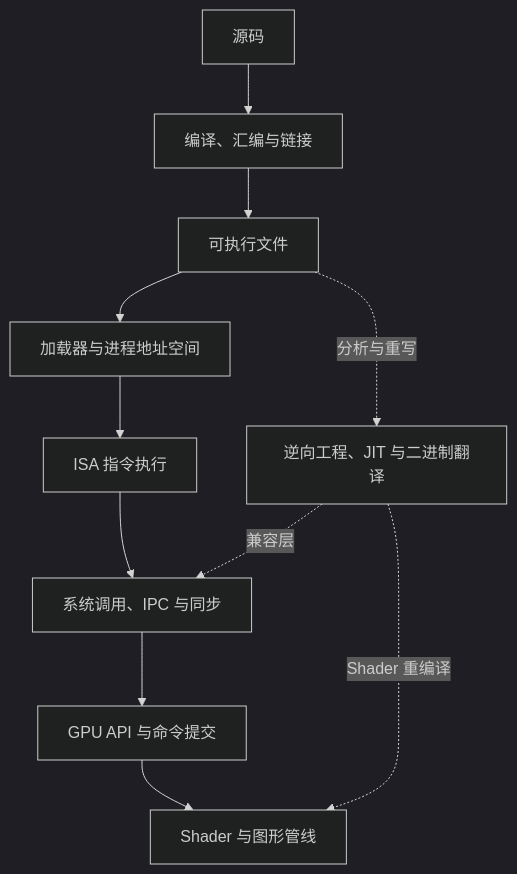
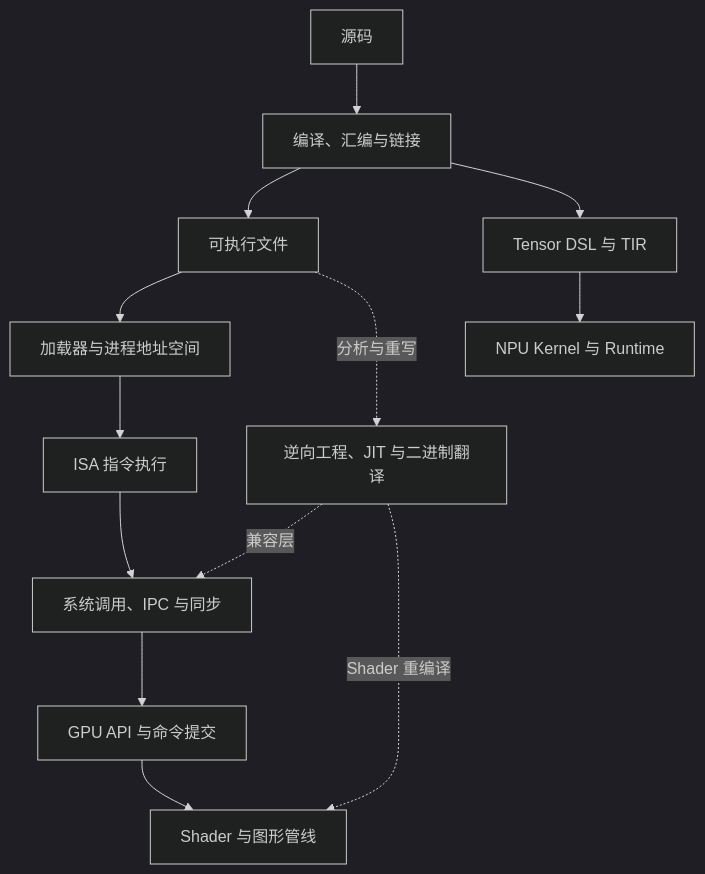
One commit to Tiansuanyu/notes changed the diagram in computer-systems/index.md. Above: the diagram before and after it, drawn with Mermaid (dark theme). The commit also changed other lines of this file and 20 other files, not shown here.

````diff
--- a/computer-systems/index.md
+++ b/computer-systems/index.md
@@ -13,14 +13,16 @@
 ```mermaid
 flowchart TB
     S[源码] --> C[编译、汇编与链接]
     C --> B[可执行文件]
     B --> L[加载器与进程地址空间]
     L --> I[ISA 指令执行]
     I --> O[系统调用、IPC 与同步]
     O --> G[GPU API 与命令提交]
     G --> P[Shader 与图形管线]
+    C --> T[Tensor DSL 与 TIR]
+    T --> N[NPU Kernel 与 Runtime]
 
     B -. 分析与重写 .-> R[逆向工程、JIT 与二进制翻译]
     R -. 兼容层 .-> O
     R -. Shader 重编译 .-> P
 ```
````
